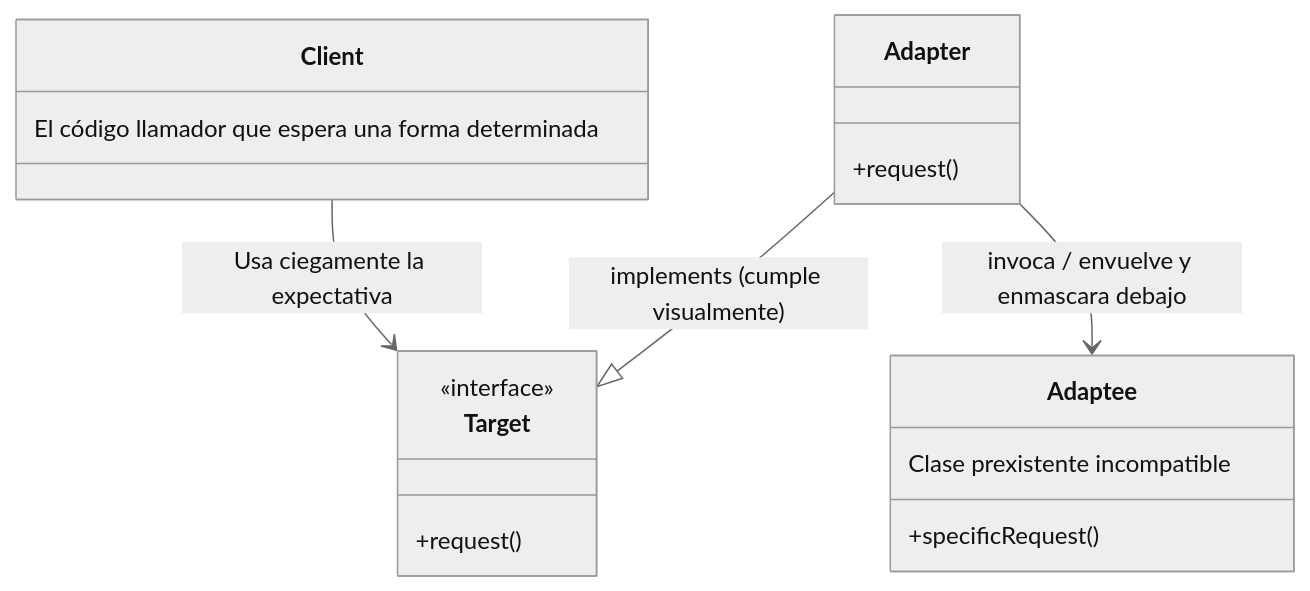
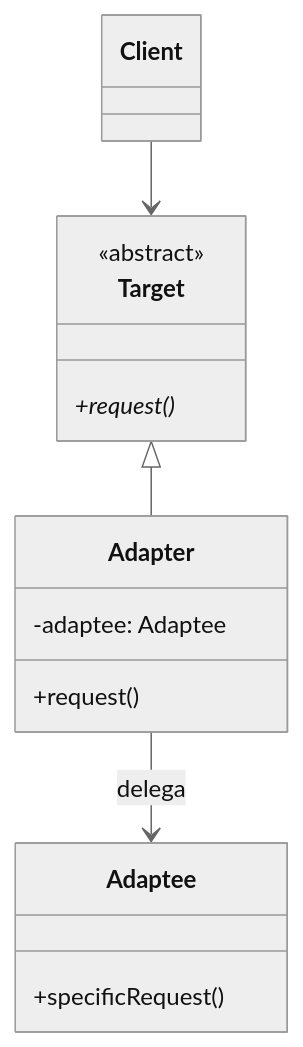
Before and after one commit to auwus21/Facultad-Informatica-UNLP: the second of 4 diagrams in OO2/Teoria/Resumenes/Clase3.md, drawn with Mermaid (neutral theme). The commit also changed other lines of this file and 2 other files, not shown here.

````diff
--- a/OO2/Teoria/Resumenes/Clase3.md
+++ b/OO2/Teoria/Resumenes/Clase3.md
@@ -17,22 +177,19 @@
 ```mermaid
 classDiagram
-  class Client { 
-     El código llamador que espera una forma determinada
-  }
-  class Target { 
-     <<interface>> 
-     +request()
-  }
-  class Adaptee { 
-     Clase prexistente incompatible
-     +specificRequest() 
-  }
-  class Adapter { 
-     +request() 
-  }
+    class Target {
+        <<abstract>>
+        +request()*
+    }
+    class Client
+    class Adapter {
+        -adaptee: Adaptee
+        +request()
+    }
+    class Adaptee {
+        +specificRequest()
+    }
 
-  %% Relacionamiento
-  Client --> Target : Usa ciegamente la expectativa
-  Adapter --|> Target : implements (cumple visualmente)
-  Adapter --> Adaptee : invoca / envuelve y enmascara debajo  
+    Client --> Target
+    Target <|-- Adapter
+    Adapter --> Adaptee : delega
 ```
````
